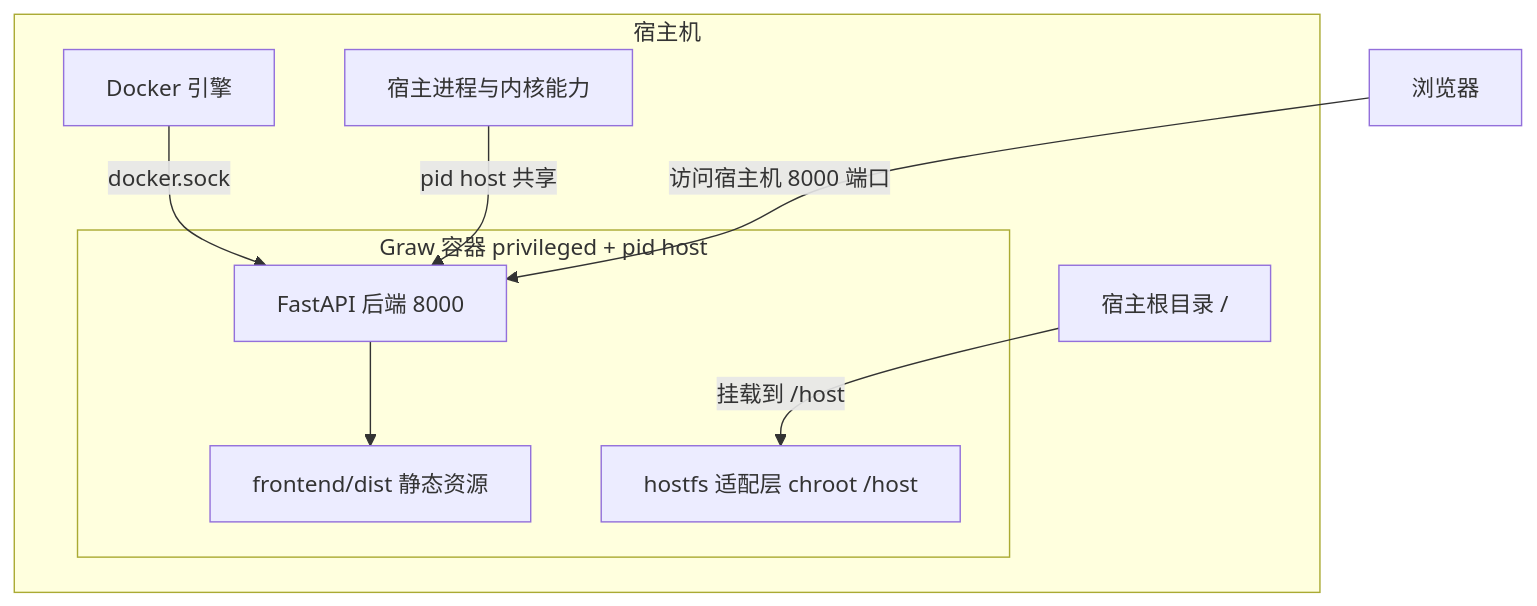
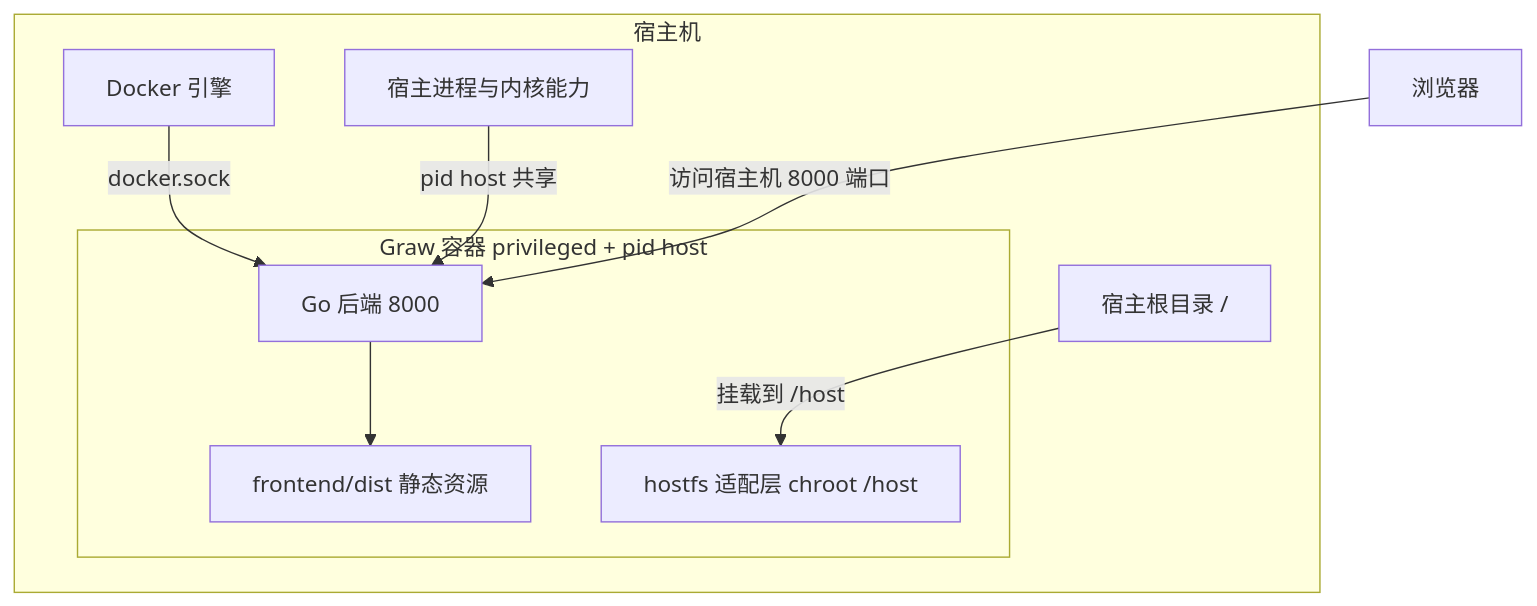
Before and after one commit to wuhulab/Graw: the diagram in docs/deployment.md, drawn with Mermaid. The commit also changed other lines of this file and 27 other files, not shown here.

````diff
--- a/docs/deployment.md
+++ b/docs/deployment.md
@@ -19,18 +19,18 @@
 ```mermaid
 graph TB
   subgraph HOST[宿主机]
     DK[Docker 引擎]
     FS[宿主根目录 /]
     PROCS[宿主进程与内核能力]
     subgraph C[Graw 容器 privileged + pid host]
-      BE[FastAPI 后端 8000]
+      BE[Go 后端 8000]
       FE[frontend/dist 静态资源]
       HOSTFS[hostfs 适配层 chroot /host]
     end
   end
   DK -- docker.sock --> BE
   FS -- 挂载到 /host --> HOSTFS
   PROCS -- pid host 共享 --> BE
   BE --> FE
   U[浏览器] -- 访问宿主机 8000 端口 --> BE
 ```
````
